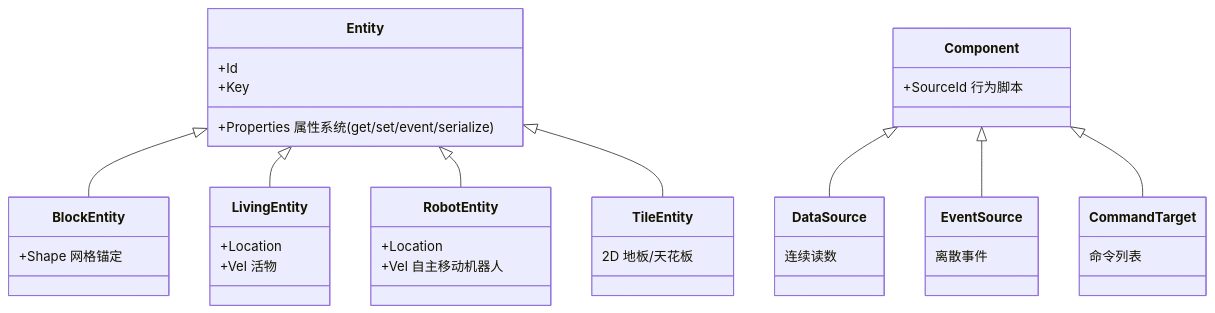
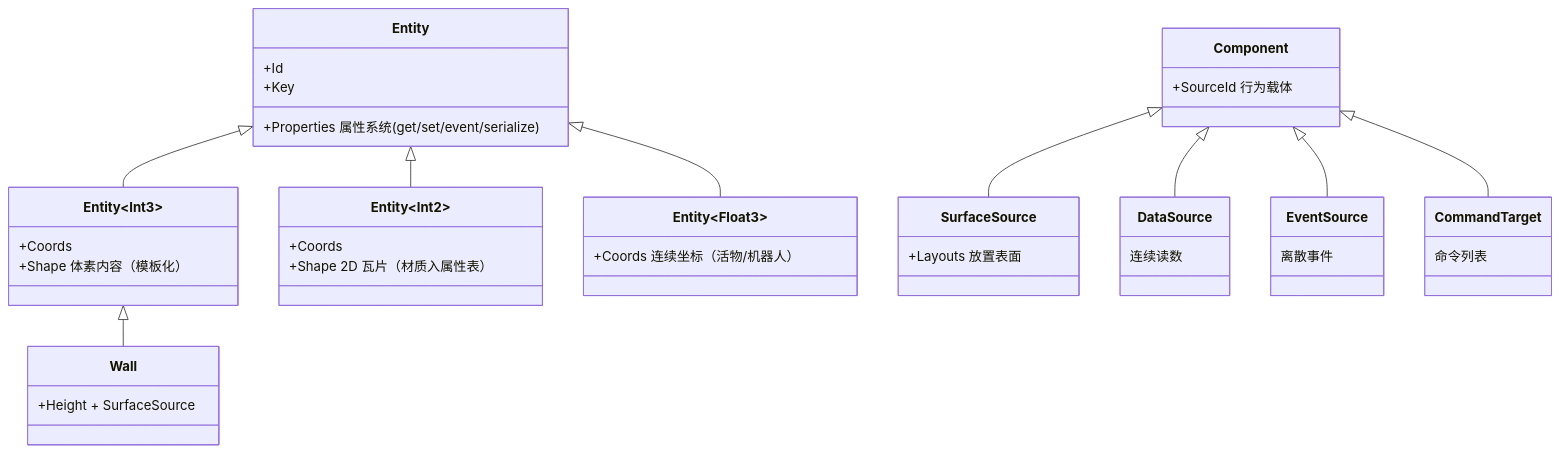
Before and after one commit to momoka-ai/momoka: the first of 6 diagrams in Documentation/DESIGN_HOME.md, drawn with Mermaid. The commit also changed other lines of this file and 33 other files, not shown here.

Commit message:
[Home]: Refactor; Entity<T> 泛型坐标基类（Int2/Int3/Float3）+ SurfaceSource 组件替代 IVoxelLayout2DSource，删 VoxelEntity/TileEntity/Living/Robot/TemplateEntity

````diff
--- a/Documentation/DESIGN_HOME.md
+++ b/Documentation/DESIGN_HOME.md
@@ -38,44 +38,48 @@
 ```mermaid
 classDiagram
     direction TB
 
     class Entity {
         +Id
         +Key
         +Properties 属性系统(get/set/event/serialize)
     }
-    class BlockEntity {
-        +Shape 网格锚定
+    class EntityInt3["Entity&lt;Int3&gt;"] {
+        +Coords
+        +Shape 体素内容（模板化）
     }
-    class LivingEntity {
-        +Location
-        +Vel 活物
+    class EntityInt2["Entity&lt;Int2&gt;"] {
+        +Coords
+        +Shape 2D 瓦片（材质入属性表）
     }
-    class RobotEntity {
-        +Location
-        +Vel 自主移动机器人
+    class EntityFloat3["Entity&lt;Float3&gt;"] {
+        +Coords 连续坐标（活物/机器人）
     }
-    class TileEntity {
-        2D 地板/天花板
+    class Wall {
+        +Height + SurfaceSource
     }
     class Component {
-        +SourceId 行为脚本
+        +SourceId 行为载体
+    }
+    class SurfaceSource {
+        +Layouts 放置表面
     }
     class DataSource {
         连续读数
     }
     class EventSource {
         离散事件
     }
     class CommandTarget {
         命令列表
     }
 
-    Entity <|-- BlockEntity
-    Entity <|-- LivingEntity
-    Entity <|-- RobotEntity
-    Entity <|-- TileEntity
+    Entity <|-- EntityInt2
+    Entity <|-- EntityInt3
+    Entity <|-- EntityFloat3
+    EntityInt3 <|-- Wall
+    Component <|-- SurfaceSource
     Component <|-- DataSource
     Component <|-- EventSource
     Component <|-- CommandTarget
 ```
````
